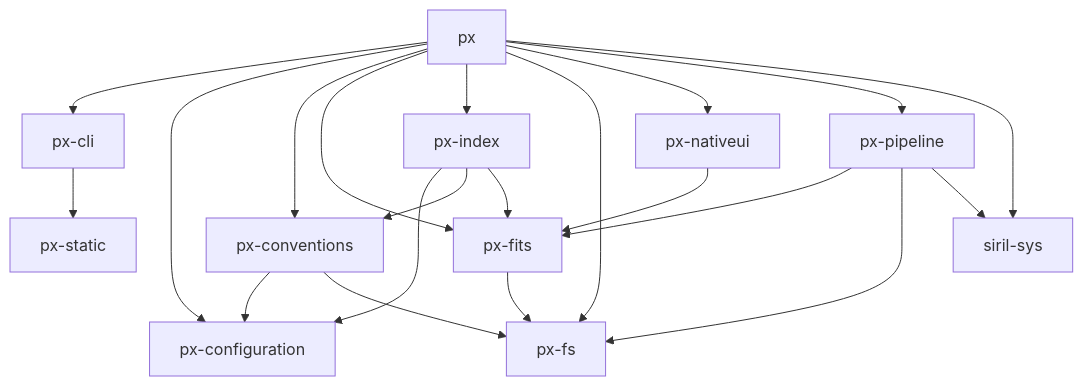
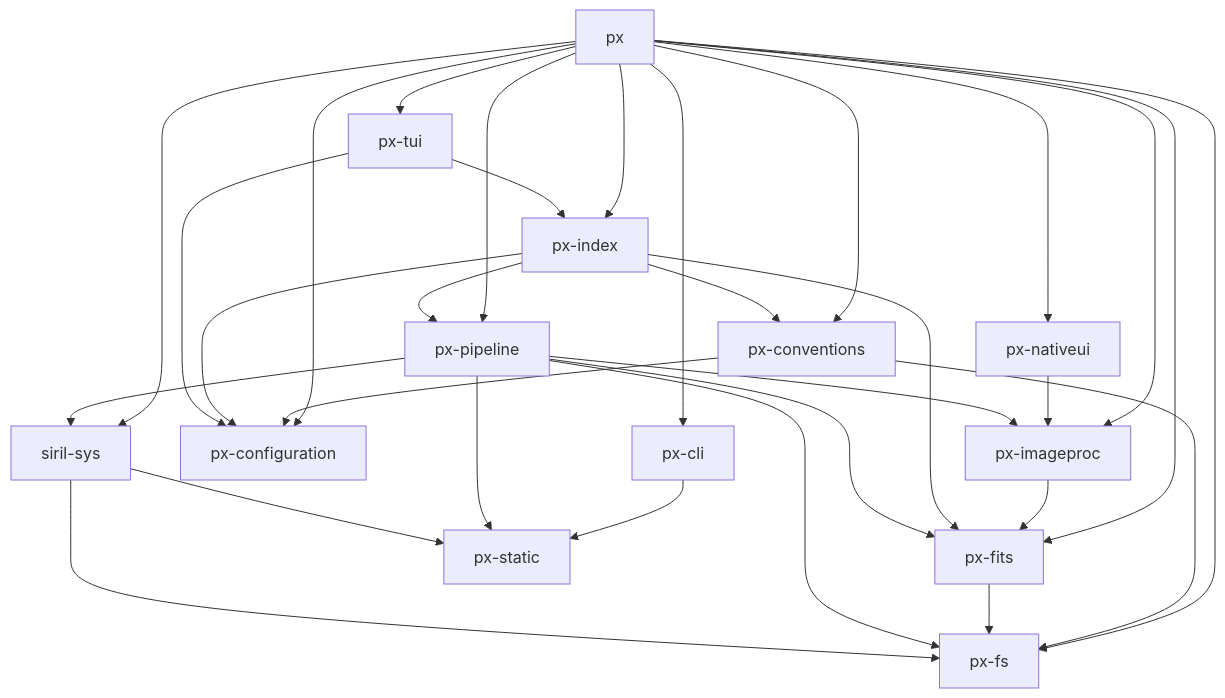
Before and after one commit to KyleLeneau/photonyx: the diagram in docs/crate-dependencies.md, drawn with Mermaid. The commit also changed other lines of this file, not shown here.

First line of the commit message:
chore: refresh the crate dependency graph

````diff
--- a/docs/crate-dependencies.md
+++ b/docs/crate-dependencies.md
@@ -7,29 +15,42 @@
 ```mermaid
 graph TD
     px --> px-cli
     px --> px-configuration
     px --> px-conventions
     px --> px-fits
+    px --> px-fs
+    px --> px-imageproc
     px --> px-index
-    px --> px-fs
     px --> px-nativeui
     px --> px-pipeline
+    px --> px-tui
     px --> siril-sys
 
     px-cli --> px-static
 
     px-conventions --> px-configuration
     px-conventions --> px-fs
 
     px-fits --> px-fs
 
+    px-imageproc --> px-fits
+
     px-index --> px-configuration
     px-index --> px-conventions
     px-index --> px-fits
+    px-index --> px-pipeline
 
-    px-nativeui --> px-fits
+    px-nativeui --> px-imageproc
 
     px-pipeline --> px-fits
     px-pipeline --> px-fs
+    px-pipeline --> px-imageproc
+    px-pipeline --> px-static
     px-pipeline --> siril-sys
+
+    px-tui --> px-configuration
+    px-tui --> px-index
+
+    siril-sys --> px-fs
+    siril-sys --> px-static
 ```
````
